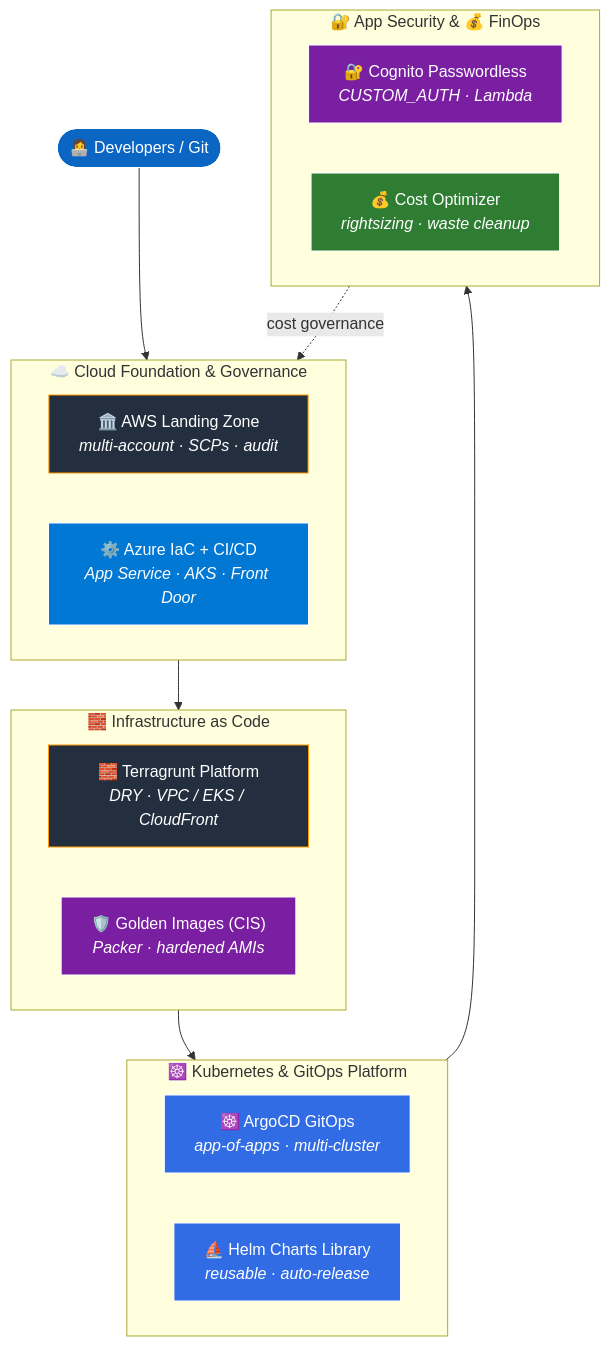
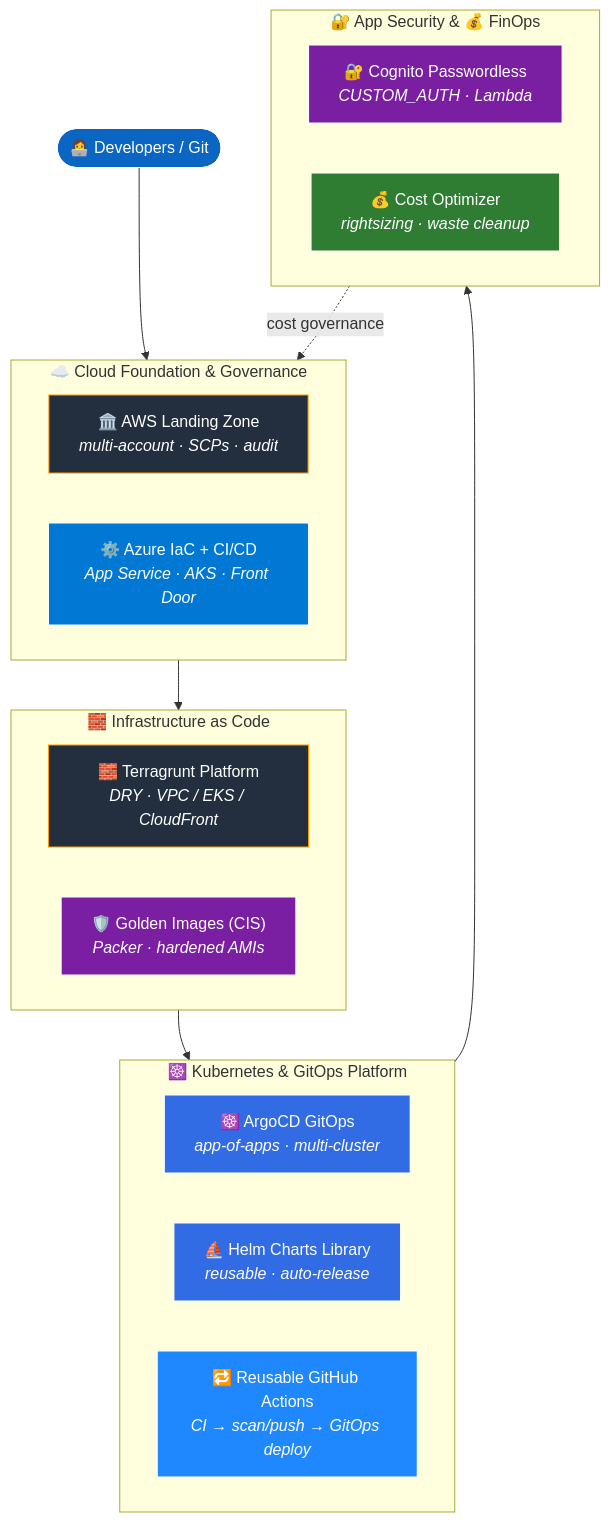
One commit to Muhammad-Imad/Muhammad-Imad changed the diagram in README.md. Above: the diagram before and after it, drawn with Mermaid. The commit also changed other lines of this file, not shown here.

Commit message:
Add reusable-github-actions to featured projects + architecture diagram

````diff
--- a/README.md
+++ b/README.md
@@ -70,50 +70,53 @@
 ```mermaid
 flowchart TB
     DEV(["👩‍💻 Developers / Git"]):::entry
 
     subgraph GOV["☁️ Cloud Foundation & Governance"]
         direction LR
         LZ["🏛️ AWS Landing Zone<br/><i>multi-account · SCPs · audit</i>"]:::aws
         AZ["⚙️ Azure IaC + CI/CD<br/><i>App Service · AKS · Front Door</i>"]:::azure
     end
 
     subgraph IAC["🧱 Infrastructure as Code"]
         direction LR
         TG["🧱 Terragrunt Platform<br/><i>DRY · VPC / EKS / CloudFront</i>"]:::aws
         PK["🛡️ Golden Images (CIS)<br/><i>Packer · hardened AMIs</i>"]:::sec
     end
 
     subgraph PLAT["☸️ Kubernetes & GitOps Platform"]
         direction LR
         AR["☸️ ArgoCD GitOps<br/><i>app-of-apps · multi-cluster</i>"]:::k8s
         HC["⛵ Helm Charts Library<br/><i>reusable · auto-release</i>"]:::k8s
+        GHA["🔁 Reusable GitHub Actions<br/><i>CI → scan/push → GitOps deploy</i>"]:::cicd
     end
 
     subgraph APPSEC["🔐 App Security & 💰 FinOps"]
         direction LR
         CG["🔐 Cognito Passwordless<br/><i>CUSTOM_AUTH · Lambda</i>"]:::sec
         CO["💰 Cost Optimizer<br/><i>rightsizing · waste cleanup</i>"]:::fin
     end
 
     DEV --> GOV
     GOV --> IAC
     IAC --> PLAT
     PLAT --> APPSEC
     CO -. "cost governance" .-> GOV
 
     click LZ href "https://github.com/Muhammad-Imad/terraform-aws-landing-zone" _blank
     click AZ href "https://github.com/Muhammad-Imad/azure-devops-iac-pipelines" _blank
     click TG href "https://github.com/Muhammad-Imad/terragrunt-aws-platform" _blank
     click PK href "https://github.com/Muhammad-Imad/packer-golden-images-cis" _blank
     click AR href "https://github.com/Muhammad-Imad/argocd-gitops-platform" _blank
     click HC href "https://github.com/Muhammad-Imad/helm-charts-library" _blank
     click CG href "https://github.com/Muhammad-Imad/terraform-aws-cognito-passwordless" _blank
     click CO href "https://github.com/Muhammad-Imad/aws-cost-optimizer" _blank
+    click GHA href "https://github.com/Muhammad-Imad/reusable-github-actions" _blank
 
     classDef entry fill:#0A66C2,stroke:#fff,stroke-width:1px,color:#fff;
     classDef aws fill:#232F3E,stroke:#FF9900,stroke-width:1px,color:#fff;
     classDef azure fill:#0078D4,stroke:#fff,stroke-width:1px,color:#fff;
     classDef k8s fill:#326CE5,stroke:#fff,stroke-width:1px,color:#fff;
     classDef sec fill:#7B1FA2,stroke:#fff,stroke-width:1px,color:#fff;
     classDef fin fill:#2E7D32,stroke:#fff,stroke-width:1px,color:#fff;
+    classDef cicd fill:#2088FF,stroke:#fff,stroke-width:1px,color:#fff;
 ```
````
